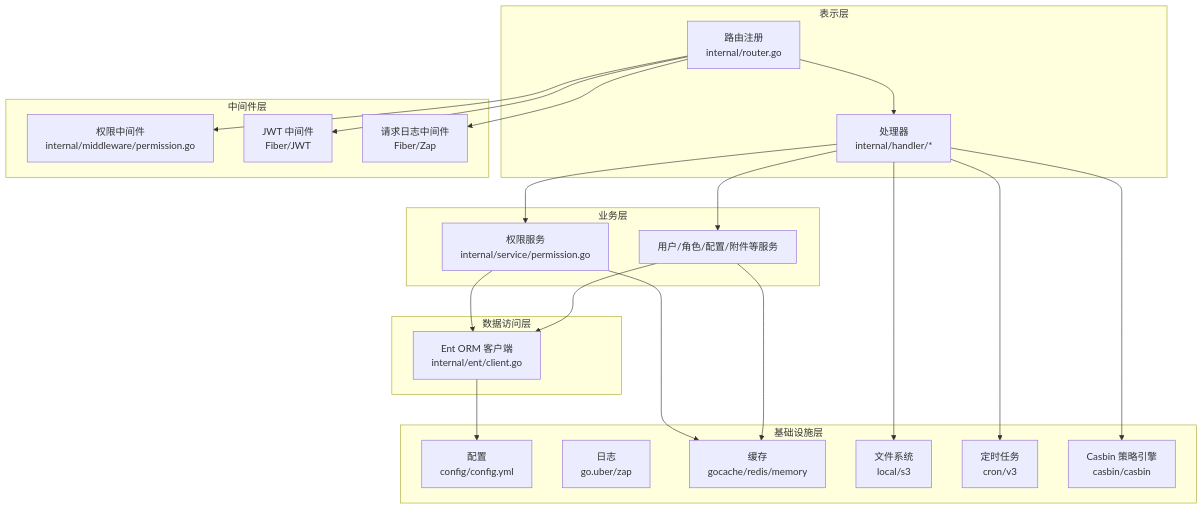
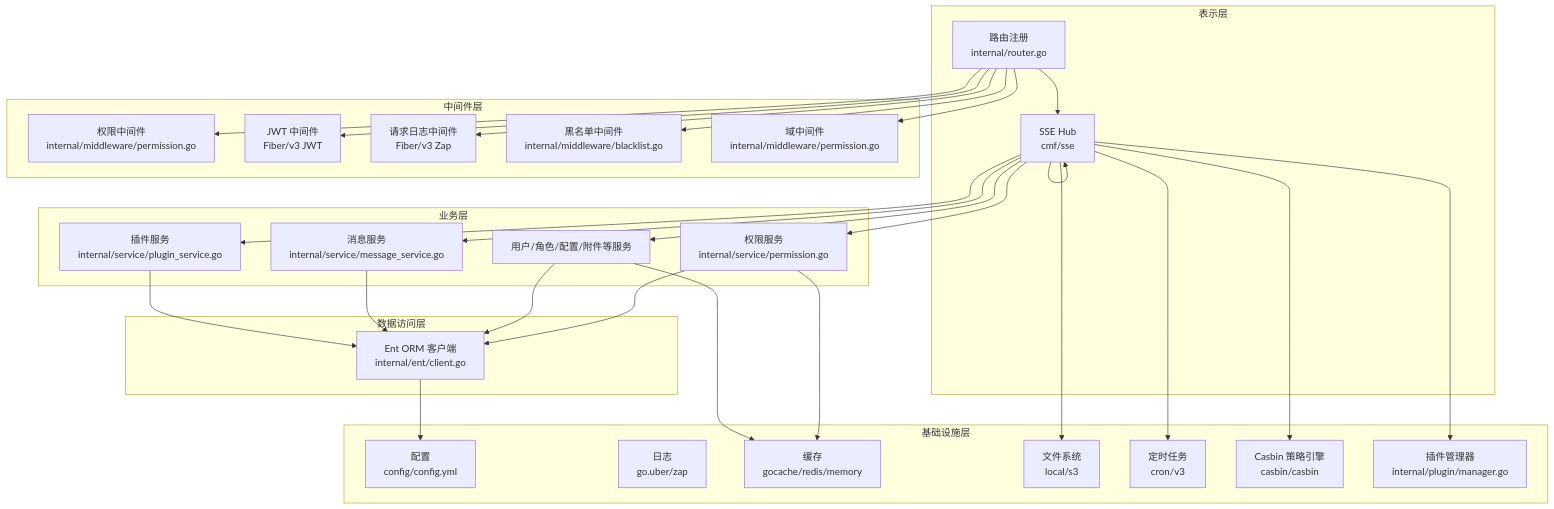
One commit to wuwuseo/e-sports-go-admin changed the first of 8 diagrams in .qoder/repowiki/zh/content/架构设计/架构设计.md. Above: the diagram before and after it, drawn with Mermaid. The commit also changed other lines of this file and 42 other files, not shown here.

````diff
--- a/.qoder/repowiki/zh/content/架构设计/架构设计.md
+++ b/.qoder/repowiki/zh/content/架构设计/架构设计.md
@@ -44,41 +46,55 @@
 ```mermaid
 graph TB
 subgraph "表示层"
 R["路由注册<br/>internal/router.go"]
 H["处理器<br/>internal/handler/*"]
 end
 subgraph "中间件层"
 MW1["权限中间件<br/>internal/middleware/permission.go"]
-MW2["JWT 中间件<br/>Fiber/JWT"]
-MW3["请求日志中间件<br/>Fiber/Zap"]
+MW2["JWT 中间件<br/>Fiber/v3 JWT"]
+MW3["请求日志中间件<br/>Fiber/v3 Zap"]
+MW4["黑名单中间件<br/>internal/middleware/blacklist.go"]
+MW5["域中间件<br/>internal/middleware/permission.go"]
 end
 subgraph "业务层"
 S1["权限服务<br/>internal/service/permission.go"]
 S2["用户/角色/配置/附件等服务"]
+S3["消息服务<br/>internal/service/message_service.go"]
+S4["插件服务<br/>internal/service/plugin_service.go"]
 end
 subgraph "数据访问层"
 E["Ent ORM 客户端<br/>internal/ent/client.go"]
 end
 subgraph "基础设施层"
 C["配置<br/>config/config.yml"]
 L["日志<br/>go.uber/zap"]
 K["缓存<br/>gocache/redis/memory"]
 F["文件系统<br/>local/s3"]
 T["定时任务<br/>cron/v3"]
 P["Casbin 策略引擎<br/>casbin/casbin"]
+H["SSE Hub<br/>cmf/sse"]
+PL["插件管理器<br/>internal/plugin/manager.go"]
 end
 R --> MW1
 R --> MW2
 R --> MW3
+R --> MW4
+R --> MW5
 R --> H
 H --> S1
 H --> S2
+H --> S3
+H --> S4
 S1 --> E
 S2 --> E
+S3 --> E
+S4 --> E
 E --> C
 S1 --> K
 S2 --> K
 H --> F
 H --> T
 H --> P
+H --> H
+H --> PL
 ```
````
